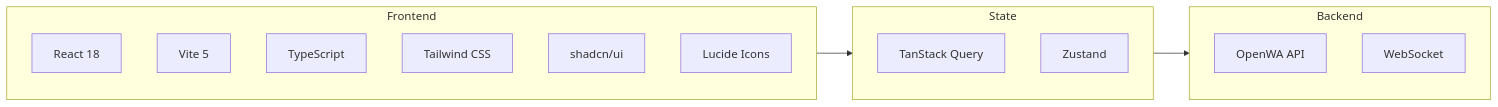
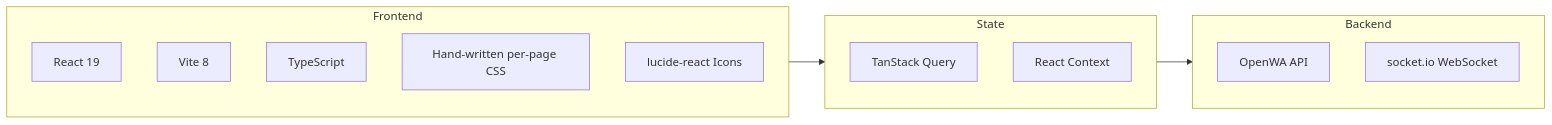
Before and after one commit to nourayman21k/OpenWA: the first of 2 diagrams in docs/17-dashboard-design.md, drawn with Mermaid. The commit also changed other lines of this file and 13 other files, not shown here.

````diff
--- a/docs/17-dashboard-design.md
+++ b/docs/17-dashboard-design.md
@@ -9,24 +9,23 @@
 ```mermaid
 flowchart LR
     subgraph Frontend
-        REACT[React 18]
-        VITE[Vite 5]
+        REACT[React 19]
+        VITE[Vite 8]
         TS[TypeScript]
-        TW[Tailwind CSS]
-        SHADCN[shadcn/ui]
-        LUCIDE[Lucide Icons]
+        CSS[Hand-written per-page CSS]
+        LUCIDE[lucide-react Icons]
     end
 
     subgraph State
         TANSTACK[TanStack Query]
-        ZUSTAND[Zustand]
+        CTX[React Context]
     end
 
     subgraph Backend
         API[OpenWA API]
-        WS[WebSocket]
+        WS[socket.io WebSocket]
     end
 
     Frontend --> State
     State --> Backend
 ```
````
